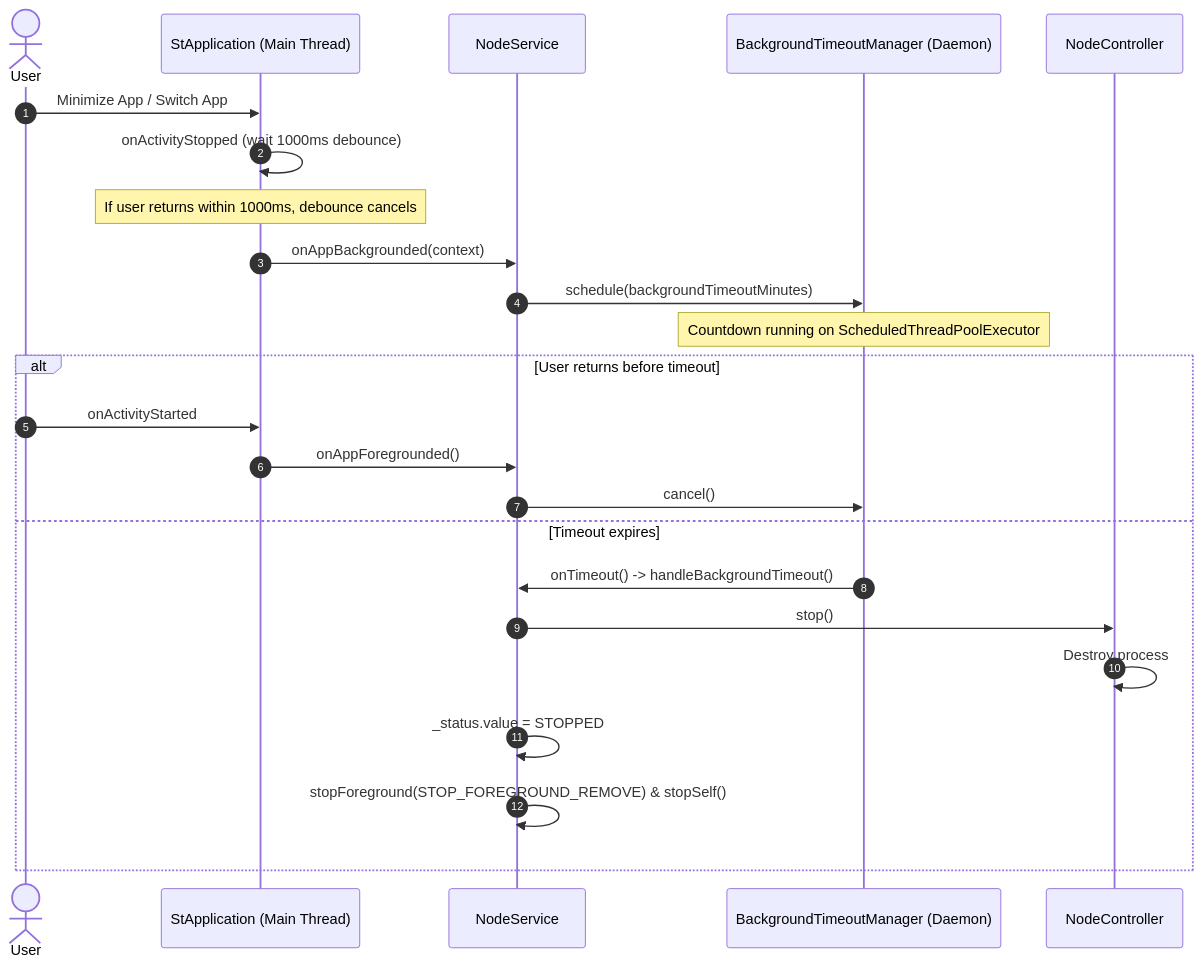
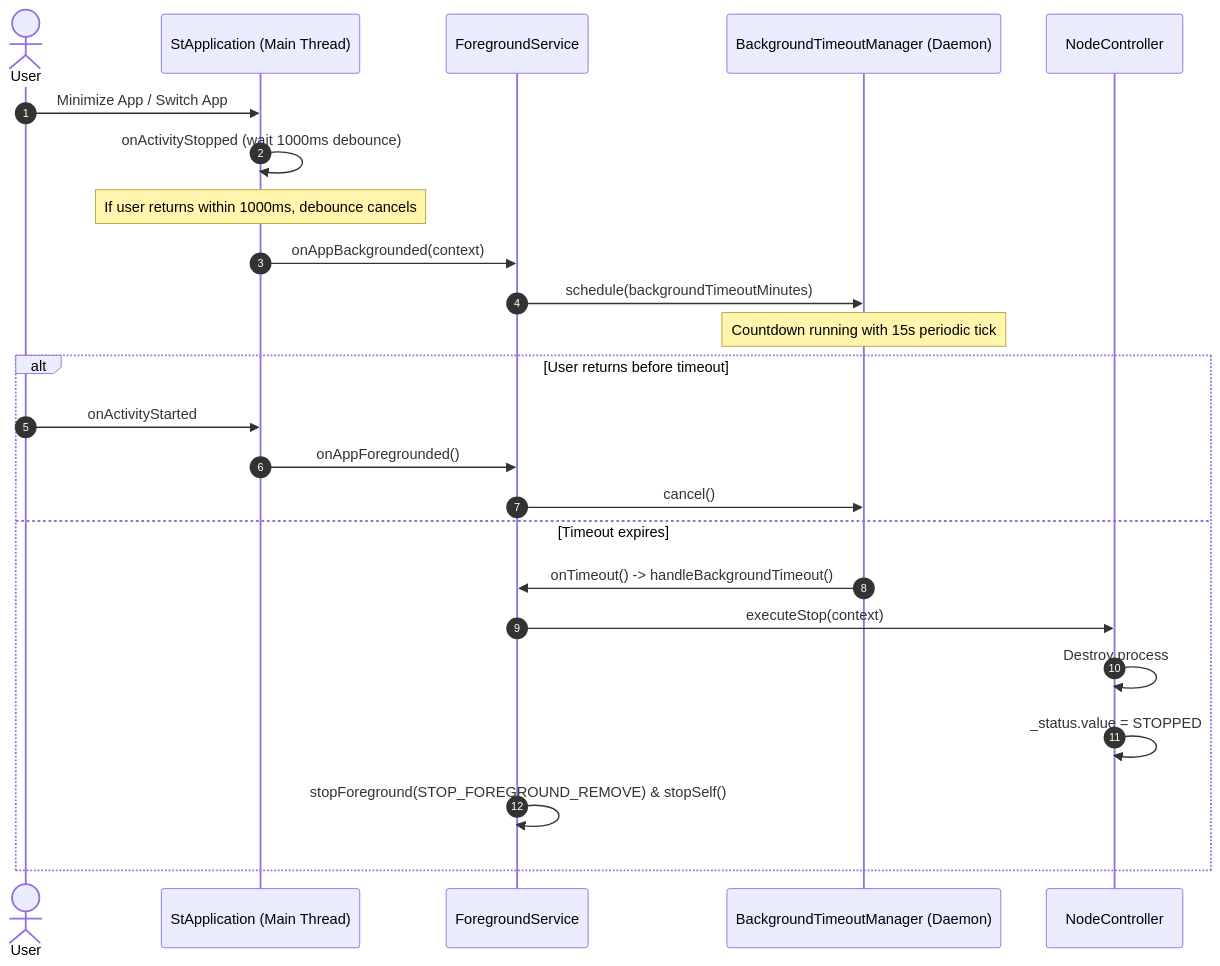
Before and after one commit to OblivCode/ST-Mobile-Android: the second of 2 diagrams in architecture.md, drawn with Mermaid. The commit also changed other lines of this file and 16 other files, not shown here.

Commit message:
feat(foreground): live background countdown notification, webview stop action, and documentation sync

````diff
--- a/architecture.md
+++ b/architecture.md
@@ -70,27 +73,27 @@
 ```mermaid
 sequenceDiagram
     autonumber
     actor User
     participant App as StApplication (Main Thread)
-    participant Service as NodeService
+    participant Service as ForegroundService
     participant Timeout as BackgroundTimeoutManager (Daemon)
     participant Controller as NodeController
 
     User->>App: Minimize App / Switch App
     App->>App: onActivityStopped (wait 1000ms debounce)
     Note over App: If user returns within 1000ms, debounce cancels
     App->>Service: onAppBackgrounded(context)
     Service->>Timeout: schedule(backgroundTimeoutMinutes)
-    Note over Timeout: Countdown running on ScheduledThreadPoolExecutor
+    Note over Timeout: Countdown running with 15s periodic tick
     alt User returns before timeout
         User->>App: onActivityStarted
         App->>Service: onAppForegrounded()
         Service->>Timeout: cancel()
     else Timeout expires
         Timeout->>Service: onTimeout() -> handleBackgroundTimeout()
-        Service->>Controller: stop()
+        Service->>Controller: executeStop(context)
         Controller->>Controller: Destroy process
-        Service->>Service: _status.value = STOPPED
+        Controller->>Controller: _status.value = STOPPED
         Service->>Service: stopForeground(STOP_FOREGROUND_REMOVE) & stopSelf()
     end
 ```
````
